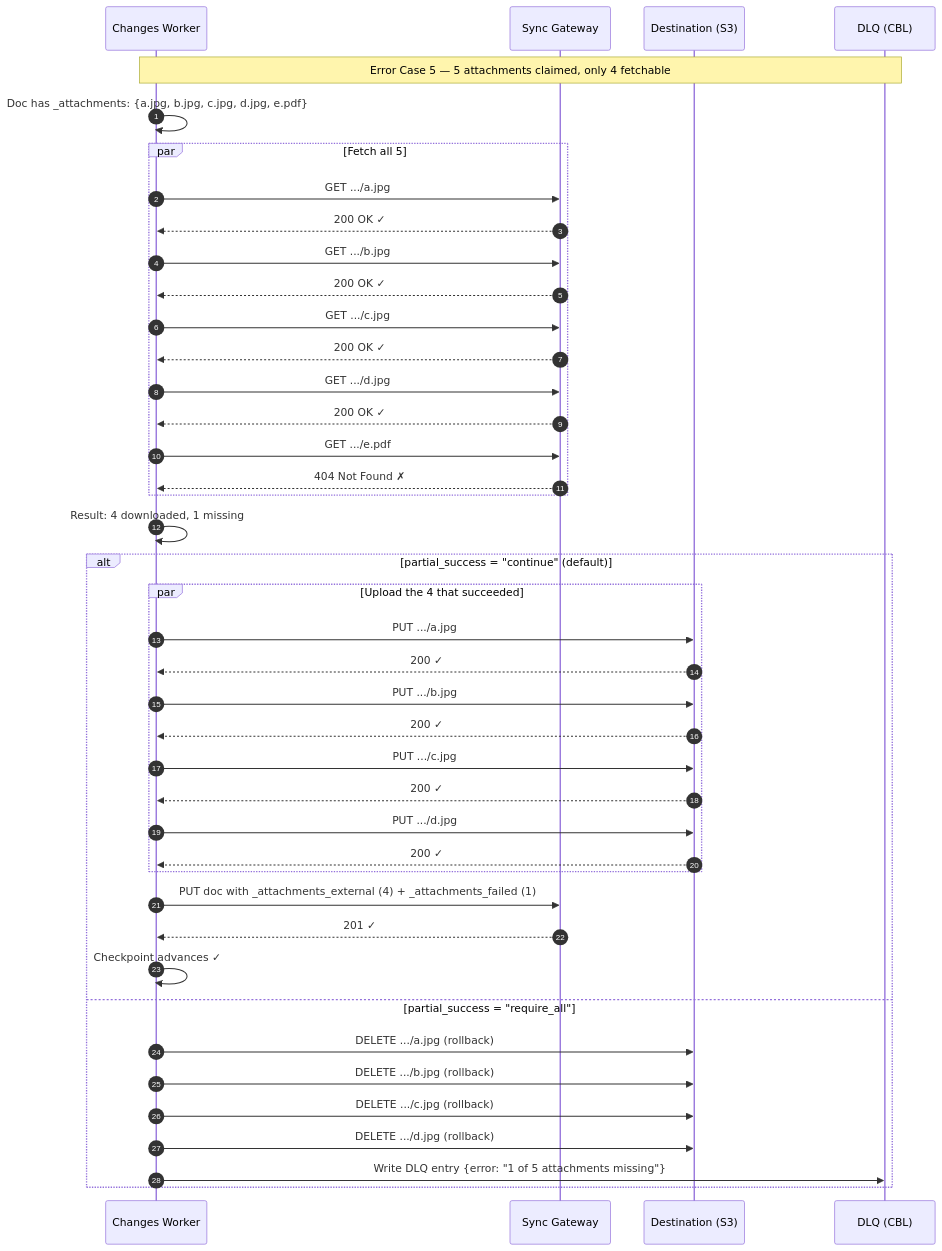
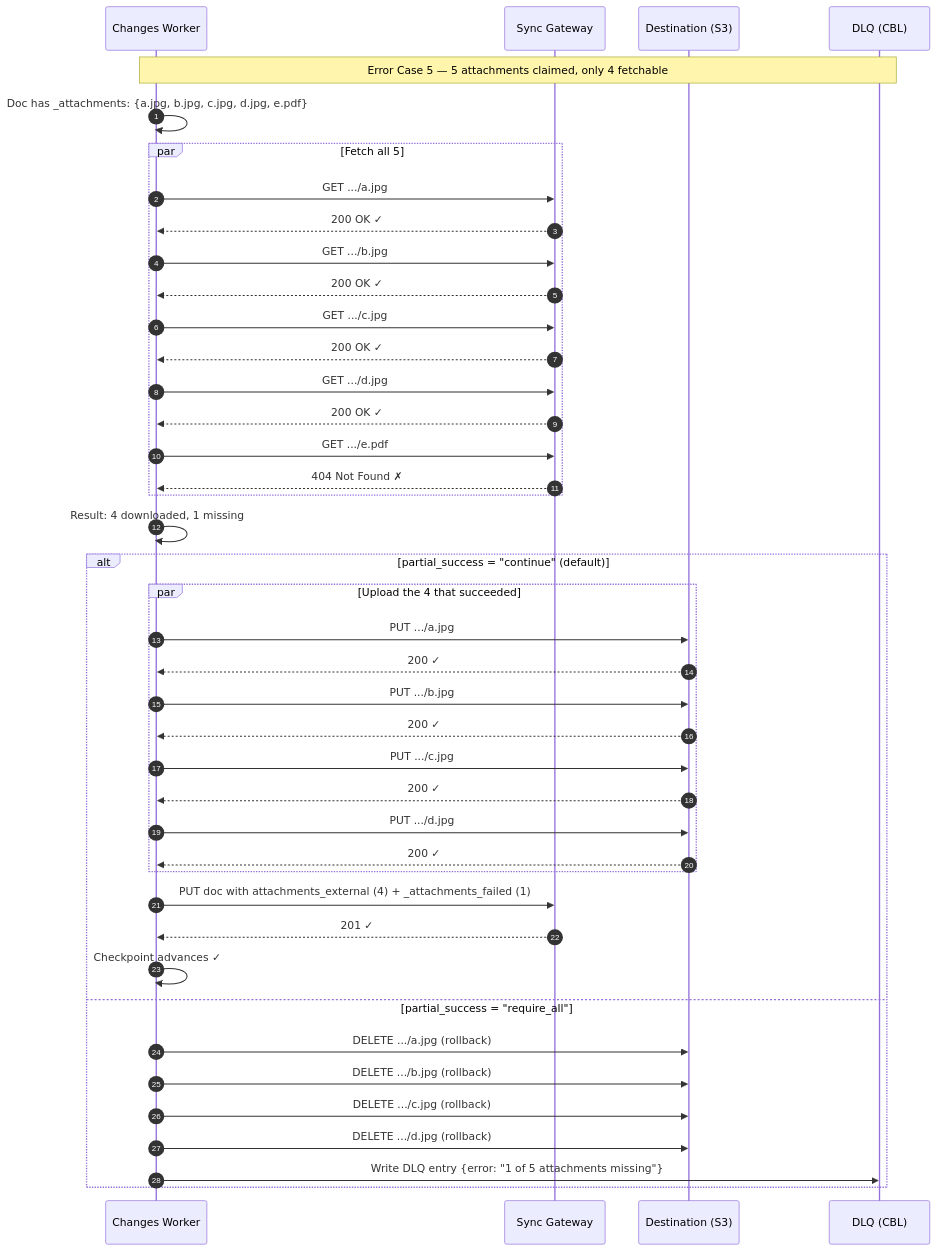
The seventh of 10 diagrams in docs/ATTACHMENTS.md (Fujio-Turner/change_stream_db), drawn with Mermaid before and after one commit. The commit also changed other lines of this file and 22 other files, not shown here.

````diff
--- a/docs/ATTACHMENTS.md
+++ b/docs/ATTACHMENTS.md
@@ -1199,49 +1199,49 @@
 ```mermaid
 sequenceDiagram
     autonumber
     participant W as Changes Worker
     participant SG as Sync Gateway
     participant S3 as Destination (S3)
     participant DLQ as DLQ (CBL)
 
     Note over W,DLQ: Error Case 5 — 5 attachments claimed, only 4 fetchable
 
     W->>W: Doc has _attachments: {a.jpg, b.jpg, c.jpg, d.jpg, e.pdf}
 
     par Fetch all 5
         W->>SG: GET .../a.jpg
         SG-->>W: 200 OK ✓
         W->>SG: GET .../b.jpg
         SG-->>W: 200 OK ✓
         W->>SG: GET .../c.jpg
         SG-->>W: 200 OK ✓
         W->>SG: GET .../d.jpg
         SG-->>W: 200 OK ✓
         W->>SG: GET .../e.pdf
         SG-->>W: 404 Not Found ✗
     end
 
     W->>W: Result: 4 downloaded, 1 missing
 
     alt partial_success = "continue" (default)
         par Upload the 4 that succeeded
             W->>S3: PUT .../a.jpg
             S3-->>W: 200 ✓
             W->>S3: PUT .../b.jpg
             S3-->>W: 200 ✓
             W->>S3: PUT .../c.jpg
             S3-->>W: 200 ✓
             W->>S3: PUT .../d.jpg
             S3-->>W: 200 ✓
         end
-        W->>SG: PUT doc with _attachments_external (4) + _attachments_failed (1)
+        W->>SG: PUT doc with attachments_external (4) + _attachments_failed (1)
         SG-->>W: 201 ✓
         W->>W: Checkpoint advances ✓
     else partial_success = "require_all"
         W->>S3: DELETE .../a.jpg (rollback)
         W->>S3: DELETE .../b.jpg (rollback)
         W->>S3: DELETE .../c.jpg (rollback)
         W->>S3: DELETE .../d.jpg (rollback)
         W->>DLQ: Write DLQ entry {error: "1 of 5 attachments missing"}
     end
 ```
````
